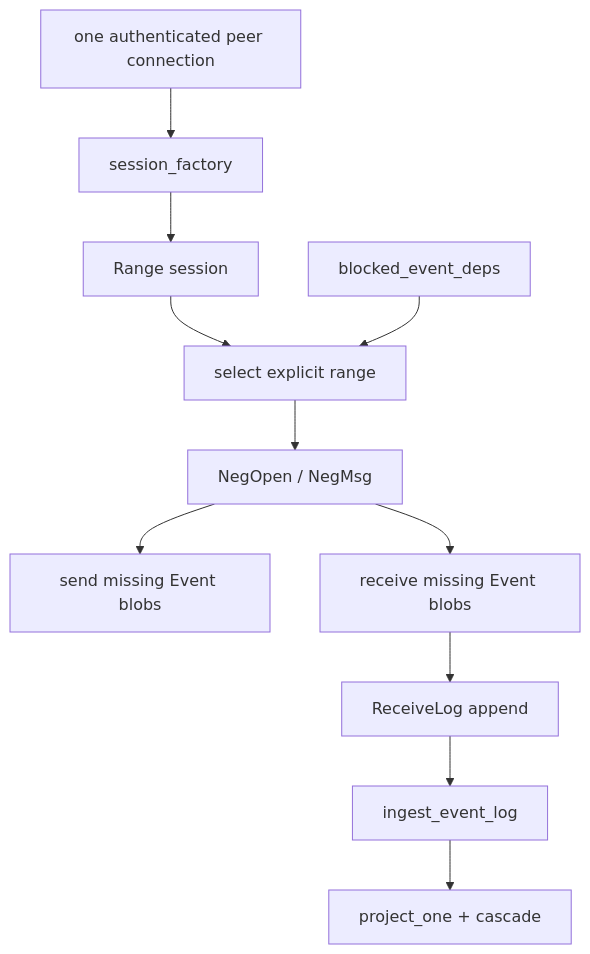
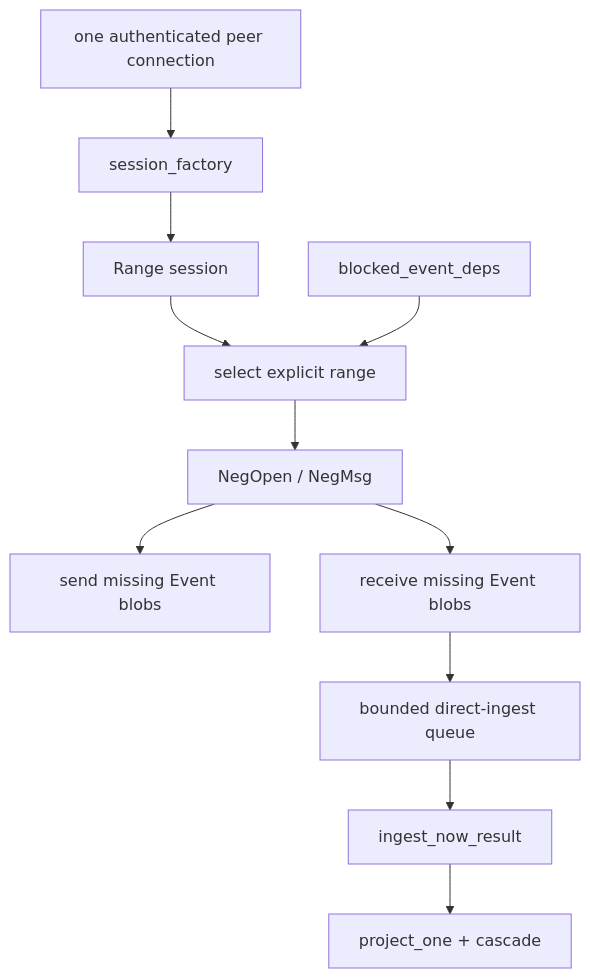
Before and after one commit to holmesworcester/topo: the third of 8 diagrams in docs/DESIGN_DIAGRAMS.md, drawn with Mermaid. The commit also changed other lines of this file and 28 other files, not shown here.

````diff
--- a/docs/DESIGN_DIAGRAMS.md
+++ b/docs/DESIGN_DIAGRAMS.md
@@ -61,14 +61,14 @@
 ```mermaid
 flowchart TD
     PEER["one authenticated peer connection"] --> FACT["session_factory"]
 
     FACT --> RANGE["Range session"]
     RANGE --> WIN["select explicit range"]
     WIN --> NEG["NegOpen / NegMsg"]
     NEG --> SEND["send missing Event blobs"]
     NEG --> RECV["receive missing Event blobs"]
-    RECV --> LOG["ReceiveLog append"]
-    LOG --> INGEST["ingest_event_log"]
+    RECV --> LOG["bounded direct-ingest queue"]
+    LOG --> INGEST["ingest_now_result"]
     INGEST --> PROJ["project_one + cascade"]
     BLOCKED["blocked_event_deps"] --> WIN
 ```
````
